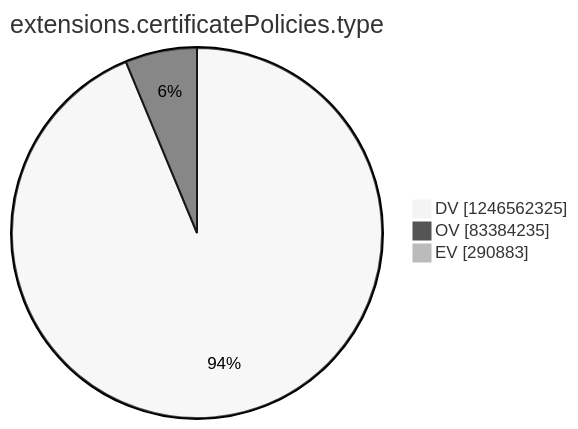
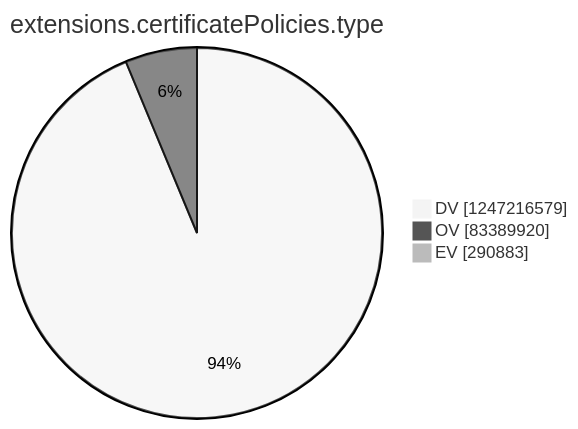
Before and after one commit to christiankrug/ctmonitor_visualization: the tenth of 15 diagrams in argon2022/README.md, drawn with Mermaid (neutral theme). The commit also changed other lines of this file, not shown here.

````diff
--- a/argon2022/README.md
+++ b/argon2022/README.md
@@ -2771,7 +2771,7 @@
 ```mermaid
 pie showData
 title extensions.certificatePolicies.type
-"DV" :1246562325
-"OV" :83384235
+"DV" :1247216579
+"OV" :83389920
 "EV" :290883
 ```
````
